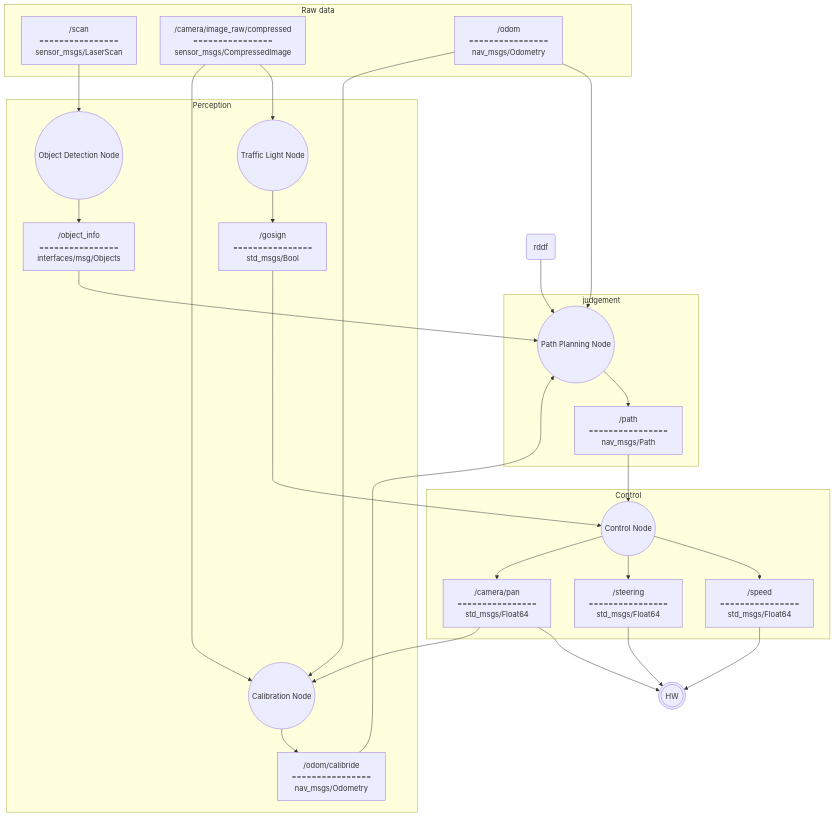
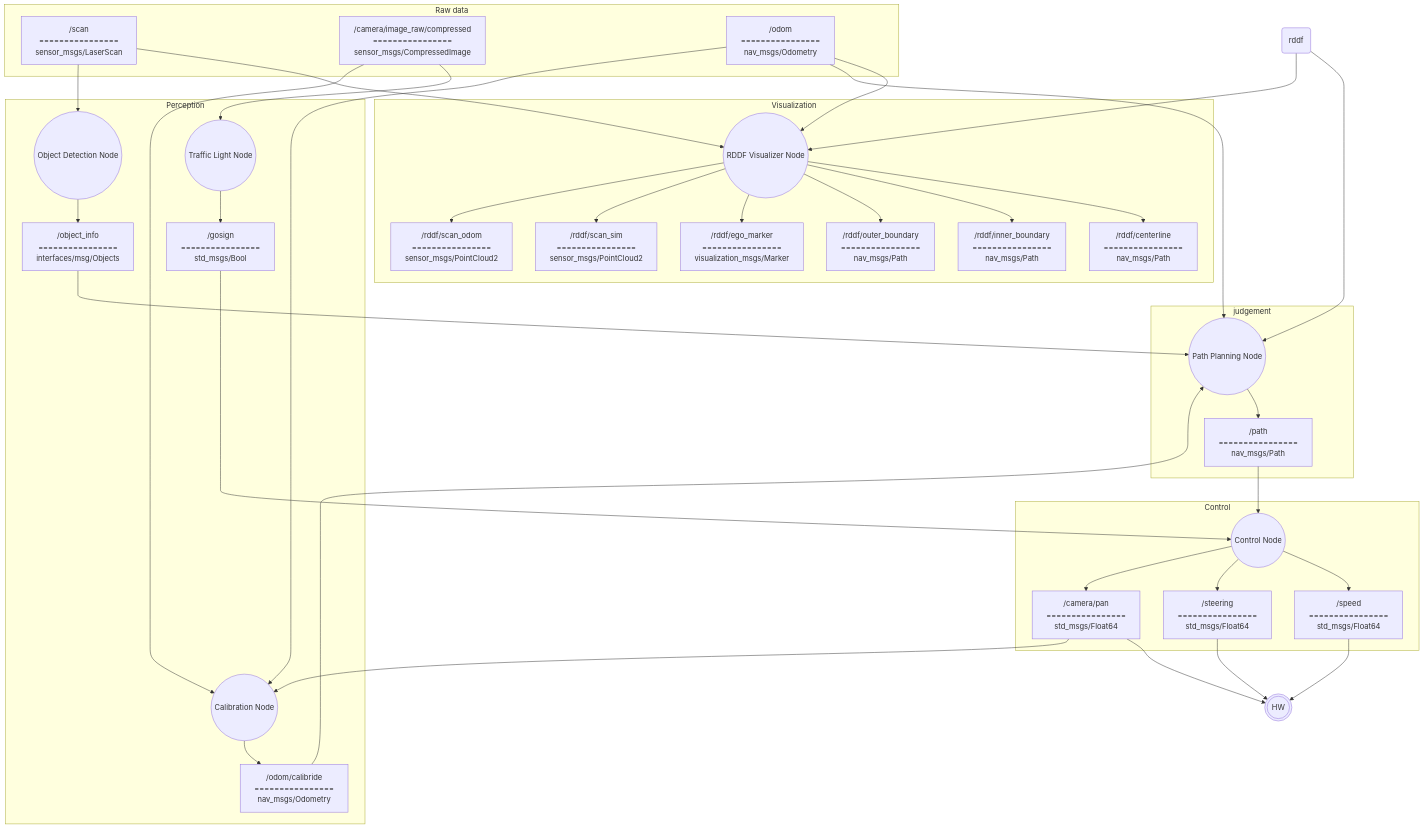
One commit to Team-Stier/AMET2026_coex_stier changed the diagram in README.md. Above: the diagram before and after it, drawn with Mermaid. The commit also changed other lines of this file and 18 other files, not shown here.

Commit message:
Design Hybrid A* path planning and add RDDF visualization

```diff
--- a/README.md
+++ b/README.md
@@ -80,6 +86,25 @@
     end
 
     rddf("rddf") --> PATH_PLANNING
+
+    subgraph Visualization[Visualization]
+        RDDF_VISUALIZER(("RDDF Visualizer Node"))
+        RDDF_CENTERLINE["/rddf/centerline<br/>================<br/>nav_msgs/Path"]
+        RDDF_INNER["/rddf/inner_boundary<br/>================<br/>nav_msgs/Path"]
+        RDDF_OUTER["/rddf/outer_boundary<br/>================<br/>nav_msgs/Path"]
+        EGO_MARKER["/rddf/ego_marker<br/>================<br/>visualization_msgs/Marker"]
+        SCAN_SIM["/rddf/scan_sim<br/>================<br/>sensor_msgs/PointCloud2"]
+        SCAN_ODOM["/rddf/scan_odom<br/>================<br/>sensor_msgs/PointCloud2"]
+    end
+    rddf --> RDDF_VISUALIZER
+    ODOM --> RDDF_VISUALIZER
+    LIDAR --> RDDF_VISUALIZER
+    RDDF_VISUALIZER --> RDDF_CENTERLINE
+    RDDF_VISUALIZER --> RDDF_INNER
+    RDDF_VISUALIZER --> RDDF_OUTER
+    RDDF_VISUALIZER --> EGO_MARKER
+    RDDF_VISUALIZER --> SCAN_SIM
+    RDDF_VISUALIZER --> SCAN_ODOM
 
     subgraph Control[Control]
         CONTROL_PID(("Control Node"))
```
